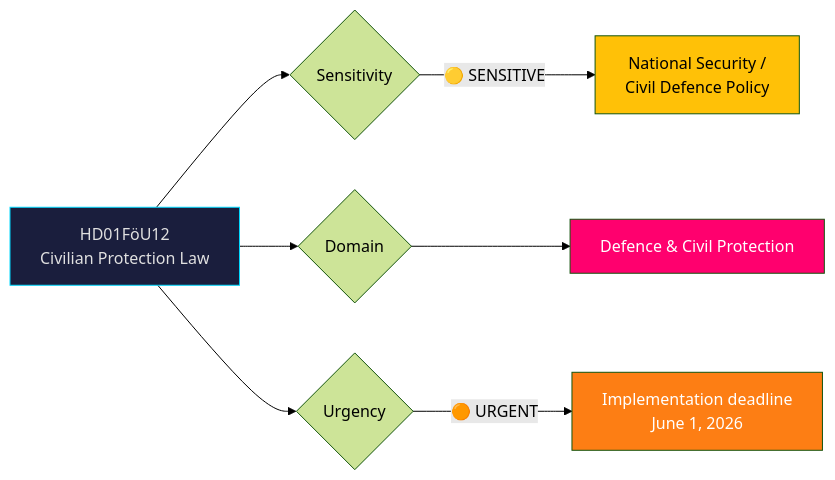
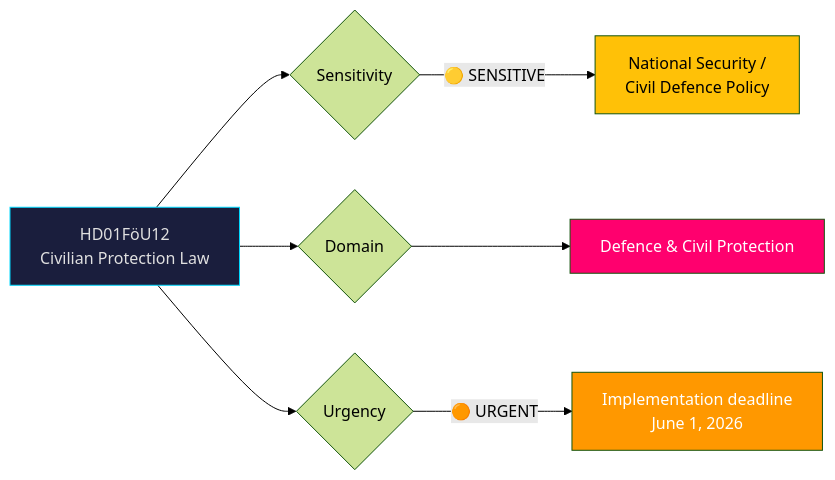
The first of 3 diagrams in analysis/daily/2026-04-03/committeeReports/documents/hd01föu12-analysis.md (Hack23/riksdagsmonitor), drawn with Mermaid (forest theme) before and after one commit. The commit also changed other lines of this file and 785 other files, not shown here.

First line of the commit message:
Normalize mermaid colors across 786 analysis artifacts to ISMS Style Guide palette

````diff
--- a/analysis/daily/2026-04-03/committeeReports/documents/hd01föu12-analysis.md
+++ b/analysis/daily/2026-04-03/committeeReports/documents/hd01föu12-analysis.md
@@ -28,16 +28,16 @@
 ```mermaid
 graph LR
     A["HD01FöU12<br/>Civilian Protection Law"] --> B{Sensitivity}
     B -->|"🟡 SENSITIVE"| D["National Security /<br/>Civil Defence Policy"]
 
     A --> G{Domain}
     G --> H["Defence & Civil Protection"]
 
     A --> I{Urgency}
     I -->|"🟠 URGENT"| K["Implementation deadline<br/>June 1, 2026"]
 
     style A fill:#1a1e3d,color:#e0e0e0,stroke:#00d9ff
-    style D fill:#ffc107,color:#000
-    style H fill:#ff006e,color:#fff
-    style K fill:#fd7e14,color:#fff
+    style D fill:#FFC107,color:#000000
+    style H fill:#ff006e,color:#FFFFFF
+    style K fill:#FF9800,color:#FFFFFF
 ```
````
